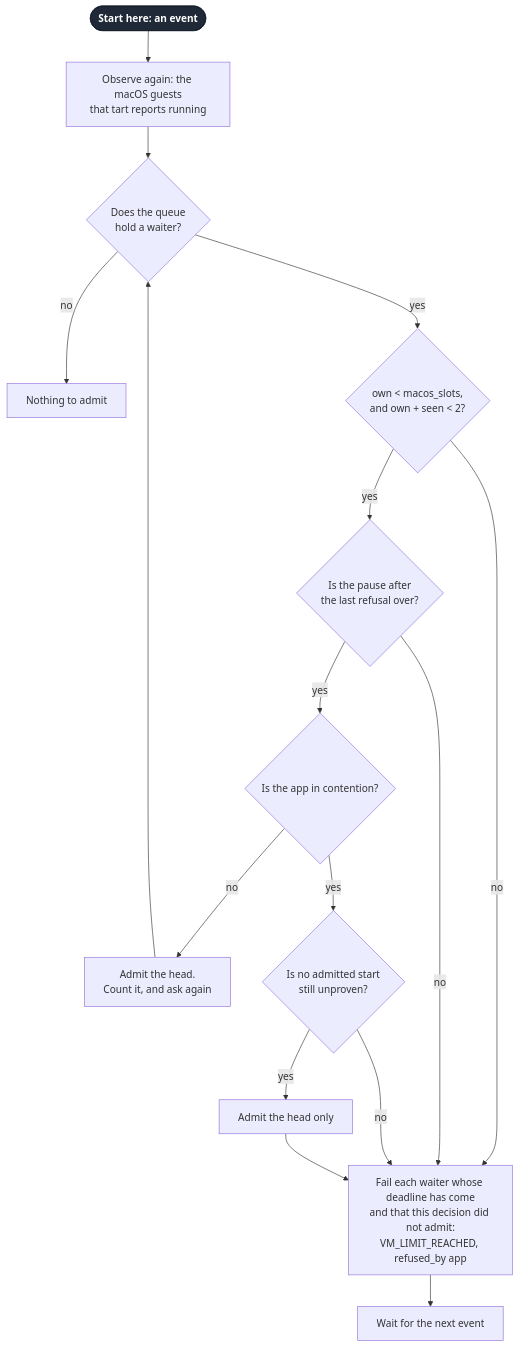
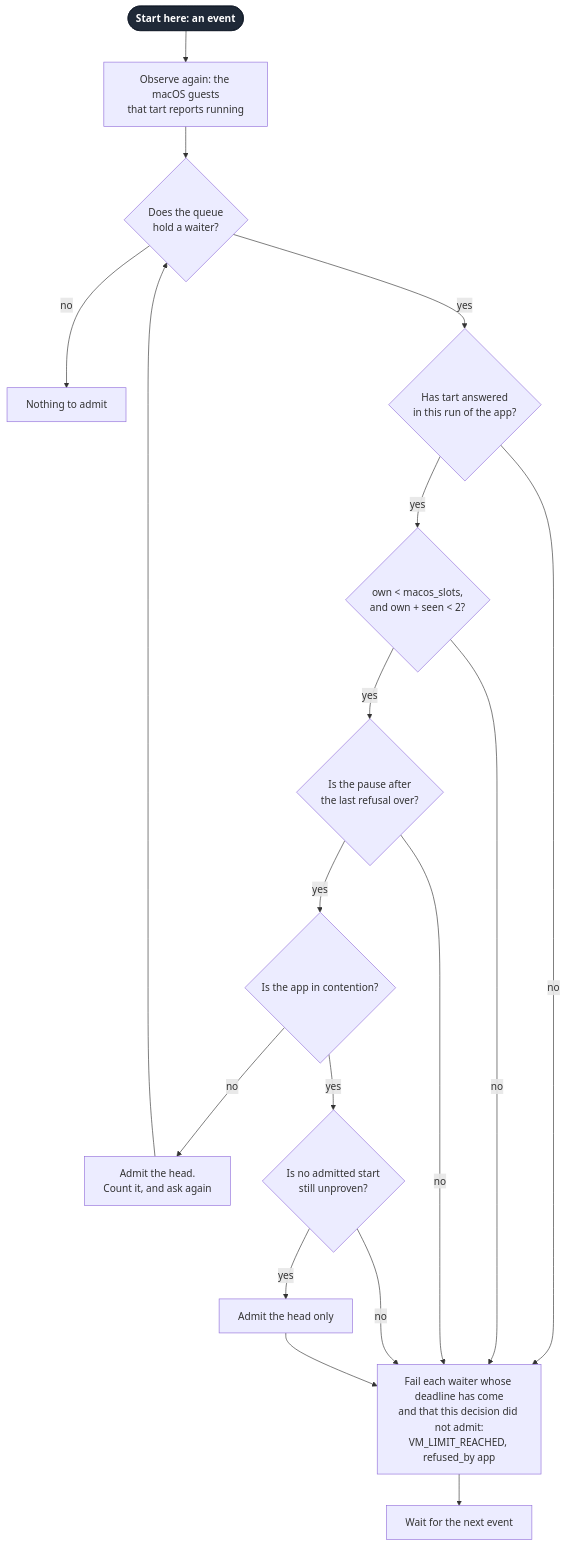
One commit to Linkuistics/TestAnyware changed the third of 7 diagrams in docs/specs/admission-queue.md. Above: the diagram before and after it, drawn with Mermaid. The commit also changed other lines of this file and 6 other files, not shown here.

````diff
--- a/docs/specs/admission-queue.md
+++ b/docs/specs/admission-queue.md
@@ -228,19 +258,21 @@
 ```mermaid
 flowchart TD
   ev(["Start here: an event"]):::start --> obs["Observe again: the macOS guests<br/>that tart reports running"]
   obs --> any{"Does the queue<br/>hold a waiter?"}
   any -- "no" --> idle["Nothing to admit"]
-  any -- "yes" --> free{"own < macos_slots,<br/>and own + seen < 2?"}
+  any -- "yes" --> ans{"Has tart answered<br/>in this run of the app?"}
+  ans -- "no" --> exp
+  ans -- "yes" --> free{"own < macos_slots,<br/>and own + seen < 2?"}
   free -- "no" --> exp
   free -- "yes" --> pause{"Is the pause after<br/>the last refusal over?"}
   pause -- "no" --> exp
   pause -- "yes" --> cont{"Is the app in contention?"}
   cont -- "no" --> head["Admit the head.<br/>Count it, and ask again"]
   head --> any
   cont -- "yes" --> one{"Is no admitted start<br/>still unproven?"}
   one -- "no" --> exp
   one -- "yes" --> single["Admit the head only"]
   single --> exp["Fail each waiter whose deadline has come<br/>and that this decision did not admit:<br/>VM_LIMIT_REACHED, refused_by app"]
   exp --> hold["Wait for the next event"]
   classDef start fill:#1f2937,stroke:#111827,color:#ffffff,font-weight:bold
 ```
````
